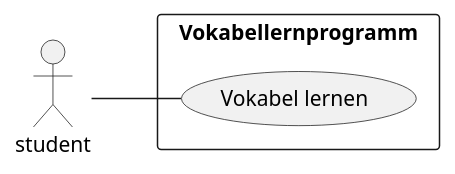
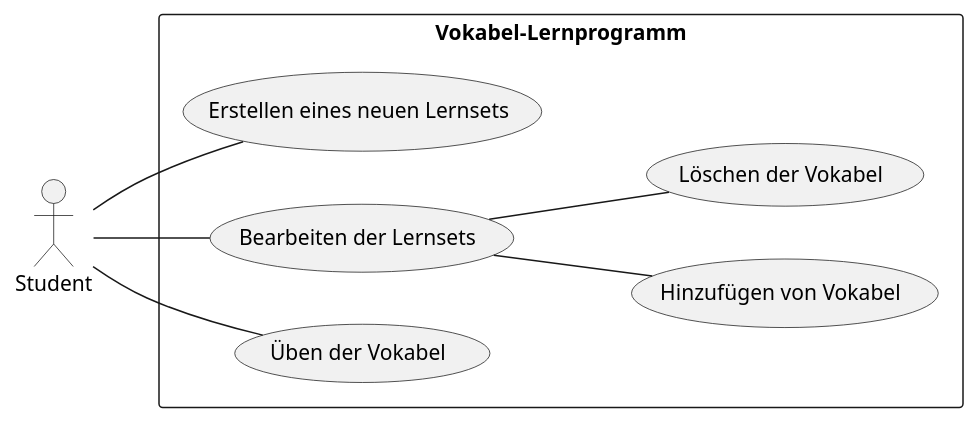
The second of 3 diagrams in asciidocs/index.adoc (1920-3ahitm-itp/02-project-repositories-vokabellernprogramm), drawn with PlantUML before and after one commit.

Commit message:
updated ucd

```diff
--- a/asciidocs/index.adoc
+++ b/asciidocs/index.adoc
@@ -89,10 +89,17 @@
 [plantuml,ucd,png]
 ----
 @startuml
 left to right direction
-actor student
-rectangle "Vokabellernprogramm"{
-student -- (Vokabel lernen)
+actor Student
+
+rectangle Vokabel-Lernprogramm {
+Student -- (Erstellen eines neuen Lernsets)
+Student -- (Bearbeiten der Lernsets)
+Student -- (Üben der Vokabel)
+
+(Bearbeiten der Lernsets) -- (Hinzufügen von Vokabel)
+(Bearbeiten der Lernsets) -- (Löschen der Vokabel)
+
 }
 @enduml
 ----
```
